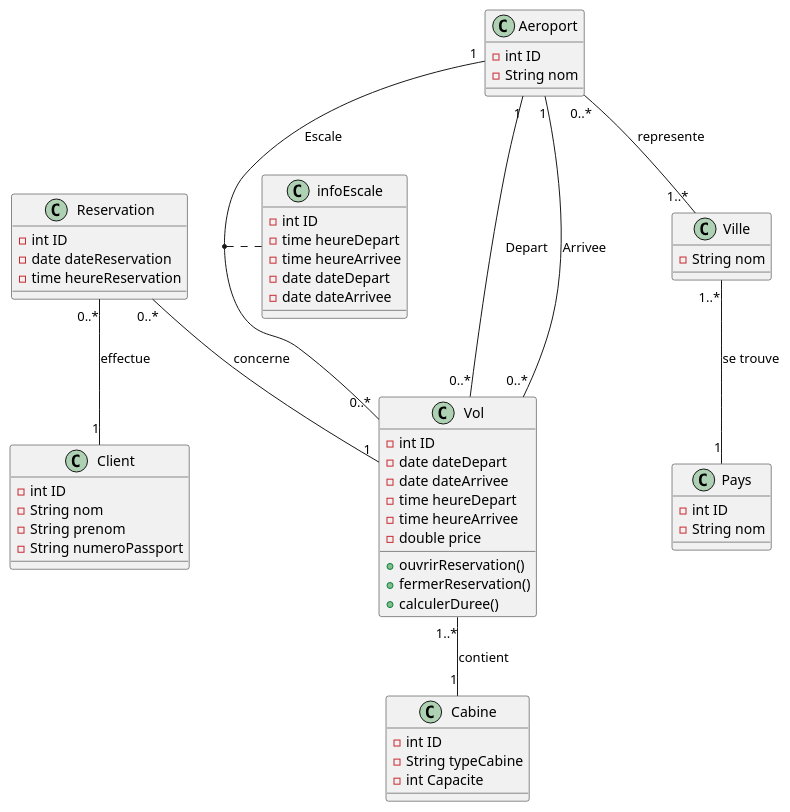
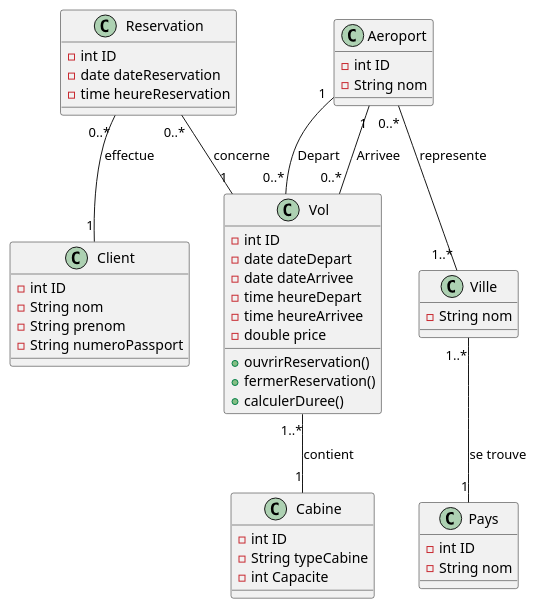
One commit to HamzaBht/Project_JAVA_EE changed the diagram in Resources/Class.plantuml. Above: the diagram before and after it, drawn with PlantUML.

Commit message:
modification de ClassDiag

```diff
--- a/Resources/Class.plantuml
+++ b/Resources/Class.plantuml
@@ -1,61 +1,52 @@
 @startuml Vols
 class Vol{
     -int ID
     -date dateDepart
     -date dateArrivee
     -time heureDepart
     -time heureArrivee
     -double price
     +ouvrirReservation()
     +fermerReservation()
     +calculerDuree()
 }
 class Reservation{
     -int ID
     -date dateReservation
     -time heureReservation
 }
 class Client{
     -int ID
     -String nom
     -String prenom
     -String numeroPassport
 }
 class Aeroport{
     -int ID
     -String nom
 }
 class Ville{
     -String nom
 }
 class Cabine{
     -int ID
     -String typeCabine
     -int Capacite
 }
-class infoEscale{
-    -int ID
-    -time heureDepart
-    -time heureArrivee
-    -date dateDepart
-    -date dateArrivee
-}
 class Pays{
     -int ID
     -String nom
 }
 
 Reservation "0..*" --  "1" Vol :concerne 
 Reservation "0..*" --  "1" Client :effectue 
 Vol "1..*" -- "1" Cabine :contient
 Aeroport "0..*" -- "1..*" Ville :represente
 Aeroport "1" -- "0..*" Vol : Depart
 Aeroport "1" -- "0..*" Vol : Arrivee
-Aeroport "1" -- "0..*" Vol : Escale
-(Aeroport,Vol)..infoEscale
 Ville "1..*" -- "1" Pays :se trouve
 
 
 
 
 @enduml
```
